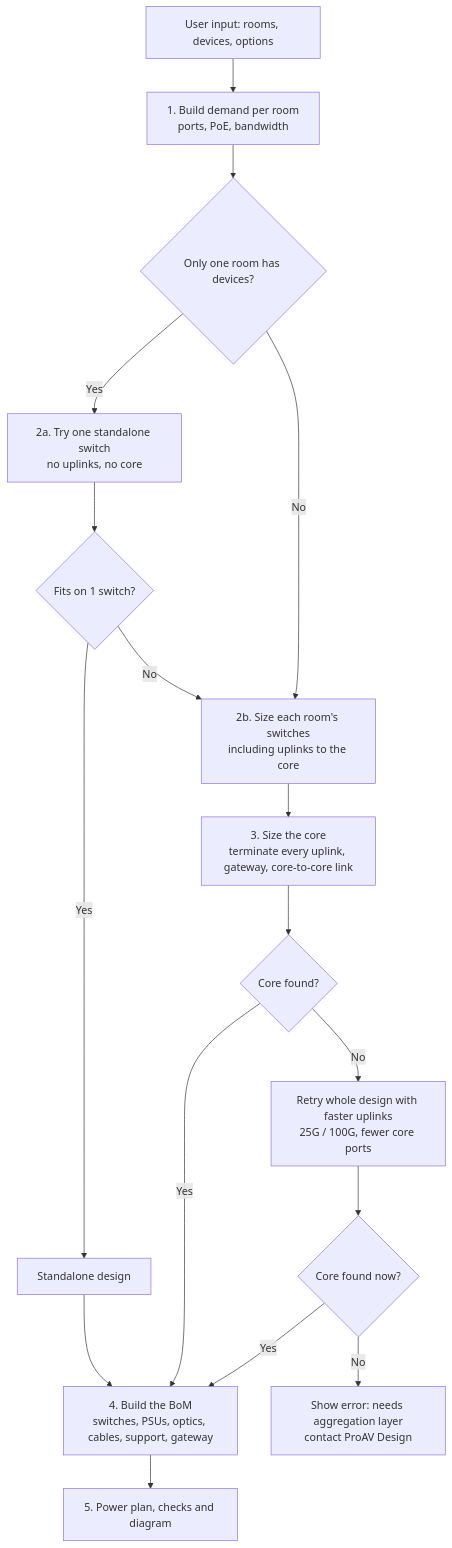
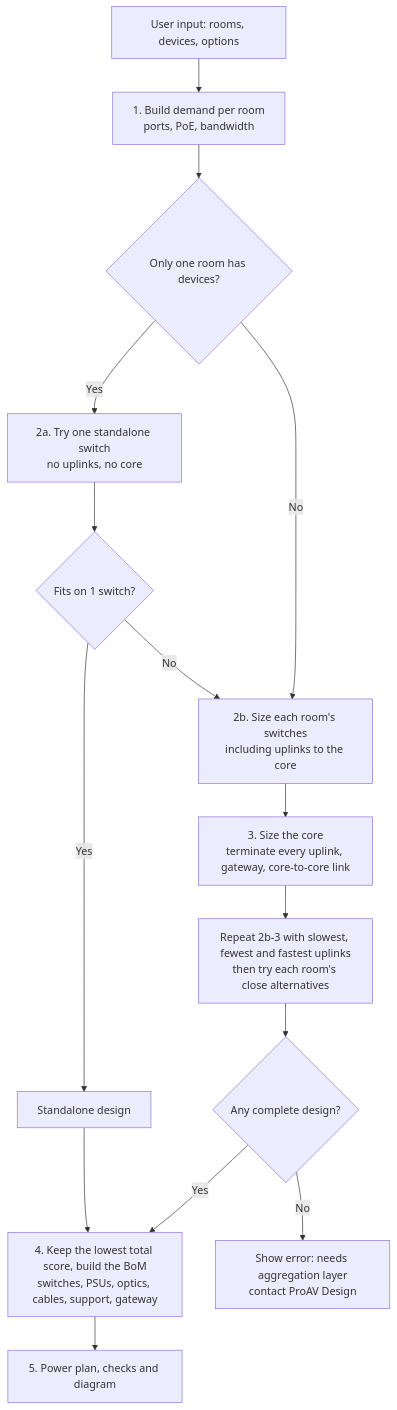
One commit to MichaelDNTGR/ntgr-bom-public changed the first of 4 diagrams in docs/design-logic.md. Above: the diagram before and after it, drawn with Mermaid. The commit also changed other lines of this file and 29 other files, not shown here.

First line of the commit message:
Choose designs on total cost, add 25G/100G optics, timing needs and validation runs

````diff
--- a/docs/design-logic.md
+++ b/docs/design-logic.md
@@ -7,19 +7,17 @@
 ```mermaid
 flowchart TD
     A["User input: rooms, devices, options"] --> B["1. Build demand per room<br/>ports, PoE, bandwidth"]
     B --> C{"Only one room has devices?"}
     C -- Yes --> D["2a. Try one standalone switch<br/>no uplinks, no core"]
     D --> E{"Fits on 1 switch?"}
     E -- Yes --> S["Standalone design"]
     E -- No --> F
     C -- No --> F["2b. Size each room's switches<br/>including uplinks to the core"]
     F --> G["3. Size the core<br/>terminate every uplink, gateway, core-to-core link"]
-    G --> H{"Core found?"}
-    H -- Yes --> J["4. Build the BoM<br/>switches, PSUs, optics, cables, support, gateway"]
-    H -- No --> I["Retry whole design with faster uplinks<br/>25G / 100G, fewer core ports"]
-    I --> G2{"Core found now?"}
-    G2 -- Yes --> J
-    G2 -- No --> X["Show error: needs aggregation layer<br/>contact ProAV Design"]
+    G --> I["Repeat 2b-3 with slowest, fewest and fastest uplinks<br/>then try each room's close alternatives"]
+    I --> H{"Any complete design?"}
+    H -- Yes --> J["4. Keep the lowest total score, build the BoM<br/>switches, PSUs, optics, cables, support, gateway"]
+    H -- No --> X["Show error: needs aggregation layer<br/>contact ProAV Design"]
     S --> J
     J --> K["5. Power plan, checks and diagram"]
 ```
````
